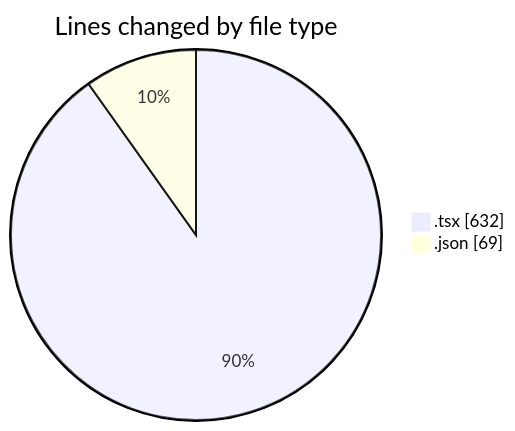
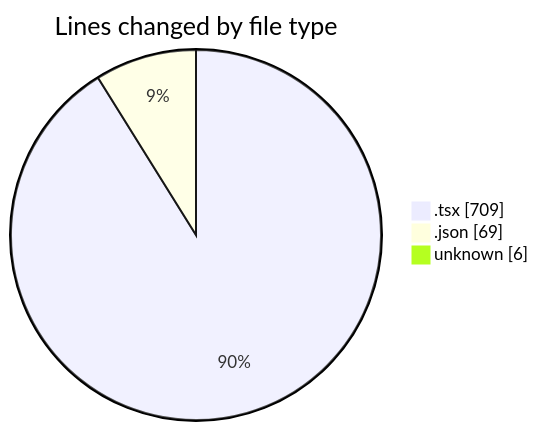
One commit to ernivani/code-tracking changed the first of 2 diagrams in 2025-01-03/tinycms/README.md. Above: the diagram before and after it, drawn with Mermaid. The commit also changed other lines of this file and 2 other files, not shown here.

````diff
--- a/2025-01-03/tinycms/README.md
+++ b/2025-01-03/tinycms/README.md
@@ -23,6 +25,7 @@
 ```mermaid
 pie showData
 title Lines changed by file type
-".tsx" : 632
+".tsx" : 709
 ".json" : 69
+"unknown" : 6
 ```
````
